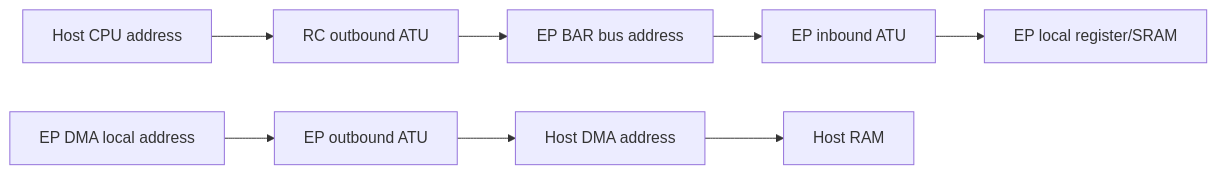
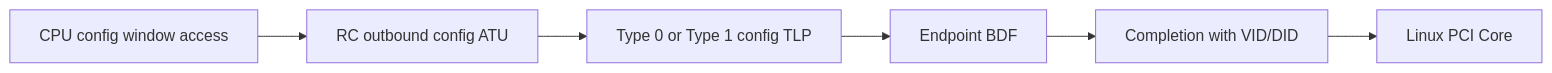
The fifth of 5 diagrams in docs/articles/pcie/pci-15-rc-ep-hardware-link-bring-up.md (cdragon-ljl/EEandEdgeAI), drawn with Mermaid before and after one commit. The commit also changed other lines of this file and 4 other files, not shown here.

````diff
--- a/docs/articles/pcie/pci-15-rc-ep-hardware-link-bring-up.md
+++ b/docs/articles/pcie/pci-15-rc-ep-hardware-link-bring-up.md
@@ -339,10 +139,8 @@
 ```mermaid
 flowchart LR
-    CPU[Host CPU address] --> RCO[RC outbound ATU]
-    RCO --> BAR[EP BAR bus address]
-    BAR --> EPI[EP inbound ATU]
-    EPI --> LOCAL[EP local register/SRAM]
-    EPDMA[EP DMA local address] --> EPO[EP outbound ATU]
-    EPO --> HDMA[Host DMA address]
-    HDMA --> RAM[Host RAM]
+    CPU[CPU config window access] --> ATU[RC outbound config ATU]
+    ATU --> TLP[Type 0 or Type 1 config TLP]
+    TLP --> EP[Endpoint BDF]
+    EP --> CPL[Completion with VID/DID]
+    CPL --> CORE[Linux PCI Core]
 ```
````
